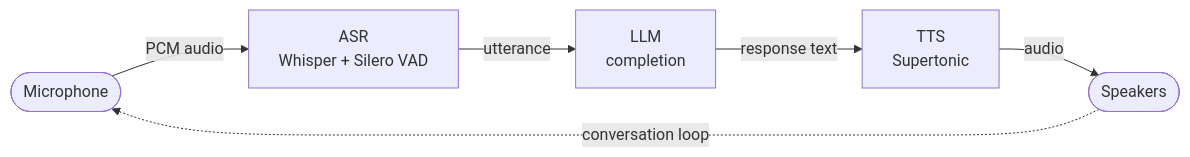
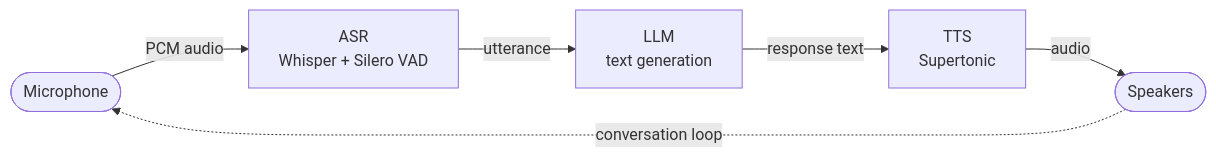
Before and after one commit to tetherto/qvac: the diagram in docs/website/content/docs/ai-capabilities/voice-assistant.mdx, drawn with Mermaid. The commit also changed 13 other files, not shown here.

````diff
--- a/docs/website/content/docs/ai-capabilities/voice-assistant.mdx
+++ b/docs/website/content/docs/ai-capabilities/voice-assistant.mdx
@@ -10,12 +10,12 @@
 ```mermaid
 flowchart LR
     Mic([Microphone]) -->|PCM audio| ASR[ASR<br/>Whisper + Silero VAD]
-    ASR -->|utterance| LLM[LLM<br/>completion]
+    ASR -->|utterance| LLM[LLM<br/>text generation]
     LLM -->|response text| TTS[TTS<br/>Supertonic]
     TTS -->|audio| Spk([Speakers])
     Spk -.conversation loop.-> Mic
 
     click ASR "/ai-capabilities/transcription" "Transcription"
-    click LLM "/ai-capabilities/text-generation" "Completion"
+    click LLM "/ai-capabilities/text-generation" "Text generation"
     click TTS "/ai-capabilities/text-to-speech" "Text-to-speech"
 ```
````
